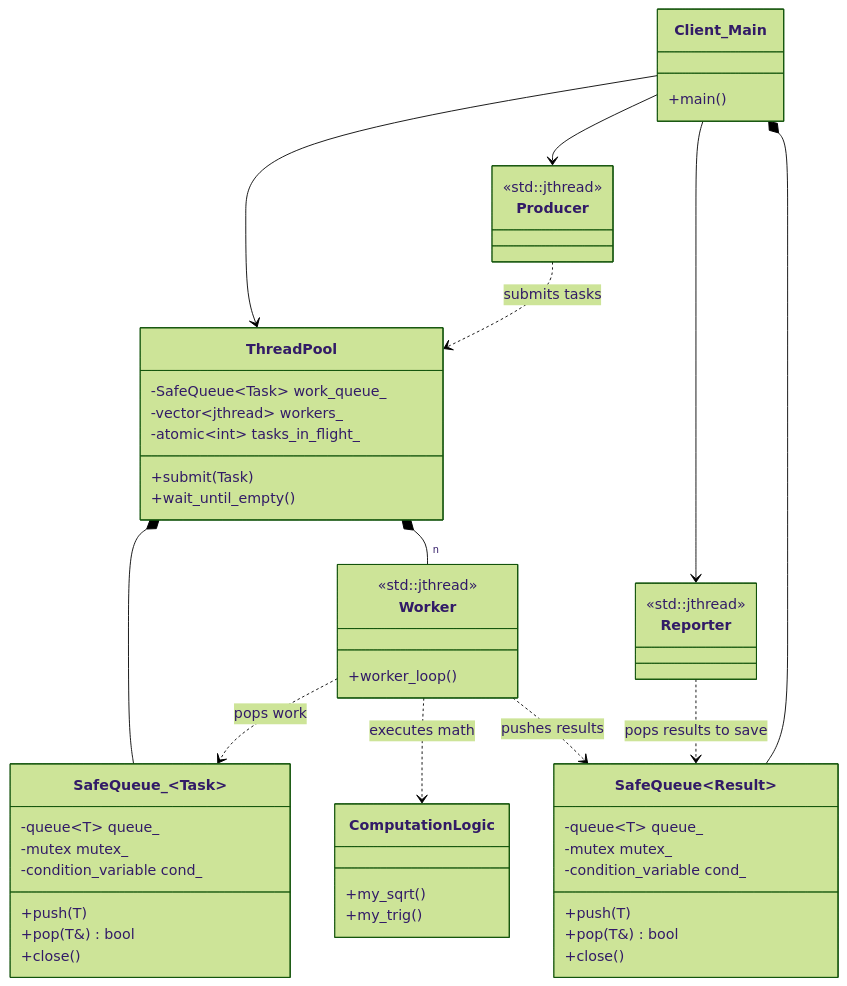
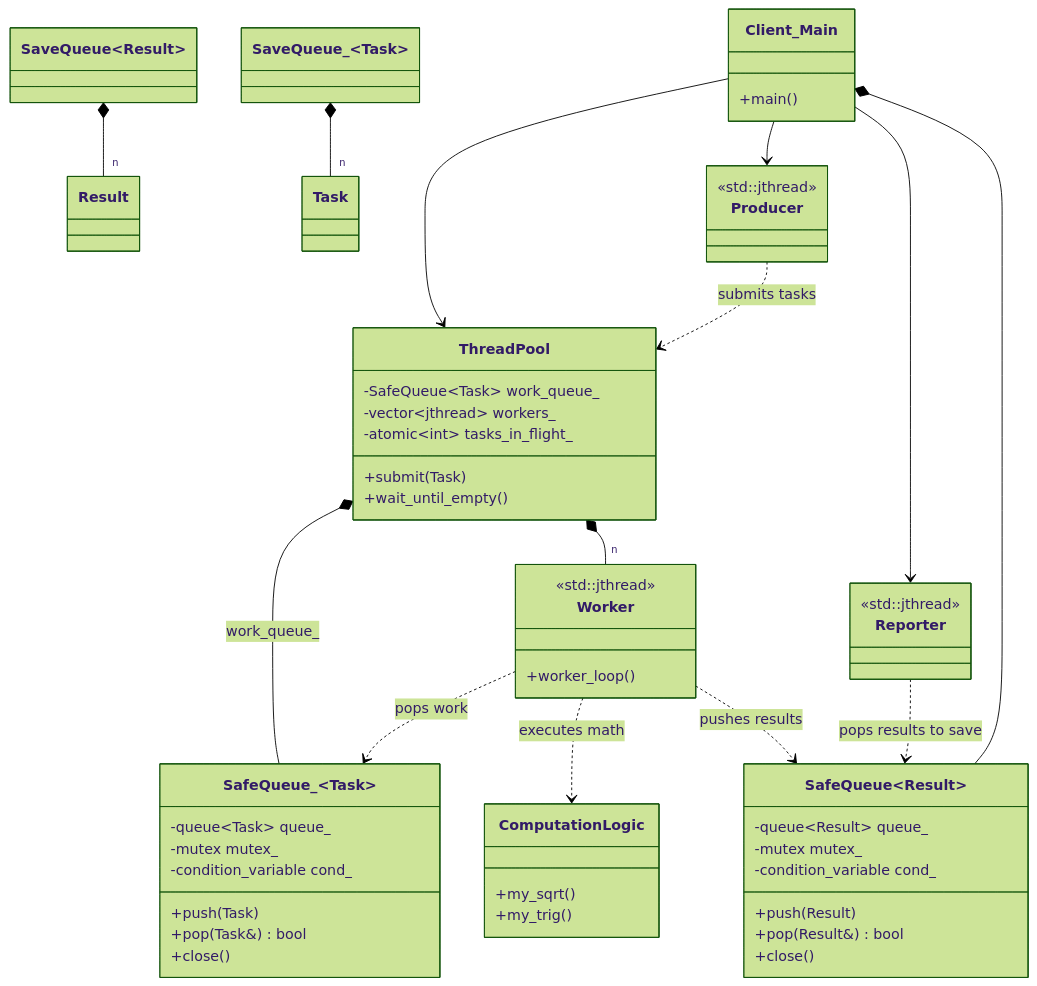
One commit to MarioGalindoQ/Modern-CPP-Design-Patterns changed the diagram in 34_ThreadPool/README.md. Above: the diagram before and after it, drawn with Mermaid (forest theme). The commit also changed 1 other file, not shown here.

Commit message:
Improve UML

````diff
--- a/34_ThreadPool/README.md
+++ b/34_ThreadPool/README.md
@@ -70,67 +70,79 @@
 ```mermaid
 classDiagram
    class SafeQueue_~Task~ {
-      -queue~T~ queue_
+      -queue~Task~ queue_
       -mutex mutex_
       -condition_variable cond_
-      +push(T)
-      +pop(T&) bool
+      +push(Task)
+      +pop(Task&) bool
       +close()
    }
 
    class SafeQueue~Result~ {
-      -queue~T~ queue_
+      -queue~Result~ queue_
       -mutex mutex_
       -condition_variable cond_
-      +push(T)
-      +pop(T&) bool
+      +push(Result)
+      +pop(Result&) bool
       +close()
    }
 
    class ThreadPool {
       -SafeQueue~Task~ work_queue_
       -vector~jthread~ workers_
       -atomic~int~ tasks_in_flight_
       +submit(Task)
       +wait_until_empty()
    }
 
    class Worker {
       <<std::jthread>>
       +worker_loop()
+   }
+
+   class Result {
+   }
+
+   class Task {
    }
 
    class Client_Main {
       +main()
    }
 
    class Producer {
       <<std::jthread>>
    }
 
    class Reporter {
       <<std::jthread>>
    }
 
    class ComputationLogic {
       +my_sqrt()
       +my_trig()
    }
 
    %% The Pool owns its internal components
-   ThreadPool *-- SafeQueue_~Task~
+   ThreadPool *-- SafeQueue_~Task~ : work_queue_
    ThreadPool *-- "n" Worker
+
+   %% Tasks in SaveQueue~Task~
+   SaveQueue_~Task~ *-- "n" Task
+
+   %% Results in SaveQueue~Result~
+   SaveQueue~Result~ *-- "n" Result
 
    %% The Client (Main) creates the high-level infrastructure
    Client_Main --> ThreadPool
    Client_Main --> Producer
    Client_Main --> Reporter
    Client_Main *-- SafeQueue~Result~
 
    %% Operational dependencies
    Producer ..> ThreadPool : submits tasks
    Worker ..> SafeQueue_~Task~ : pops work
    Worker ..> ComputationLogic : executes math
    Worker ..> SafeQueue~Result~ : pushes results
    Reporter ..> SafeQueue~Result~ : pops results to save
 ```
````
